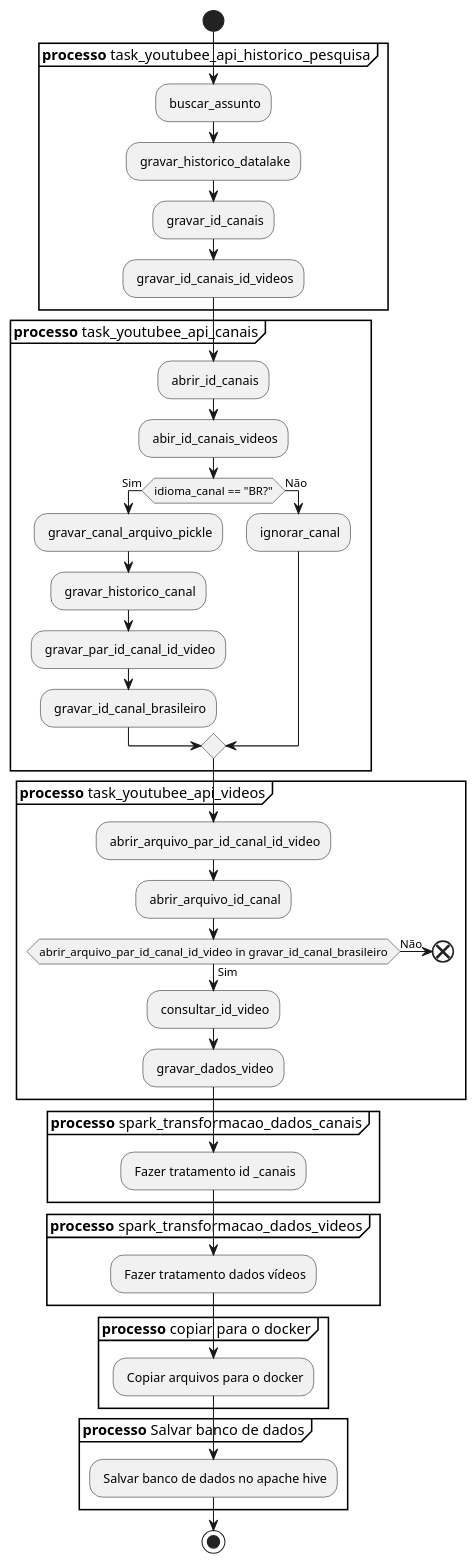
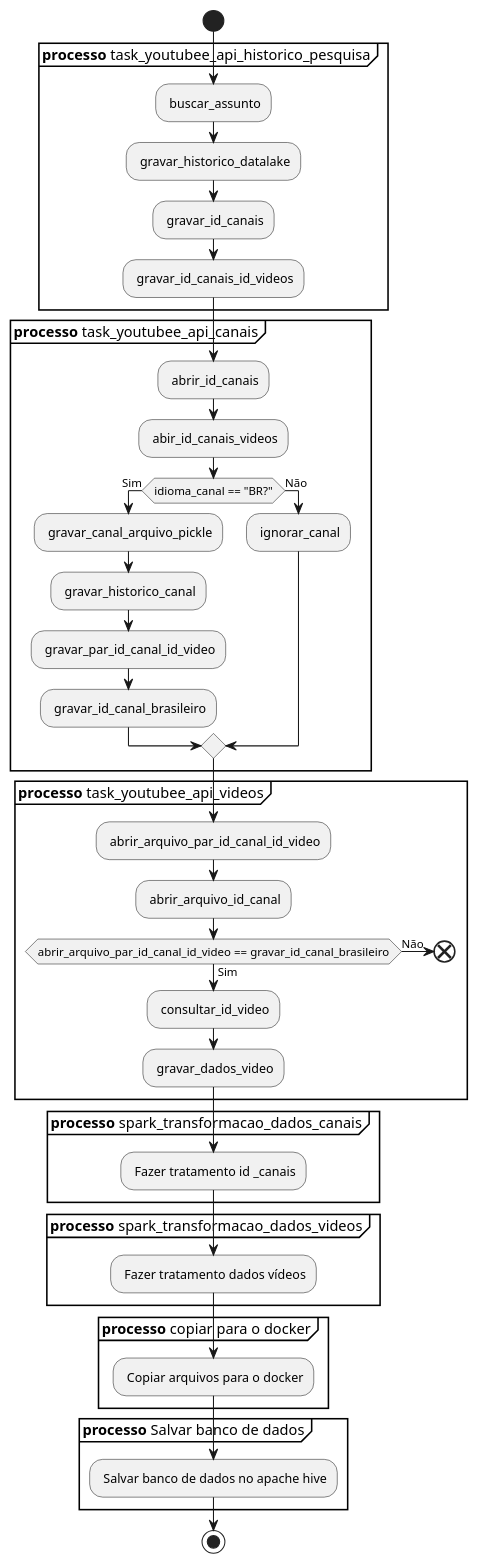
The diagram in diagramas/diagrama_atividade.plantuml (rodrigorocha1/extracao_dados_api_youtube_terceira_versao), drawn with PlantUML before and after one commit. The commit also changed 1 other file, not shown here.

```diff
--- a/diagramas/diagrama_atividade.plantuml
+++ b/diagramas/diagrama_atividade.plantuml
@@ -1,52 +1,52 @@
 @startuml
 
 start
     partition "**processo** task_youtubee_api_historico_pesquisa" {
         : buscar_assunto;
         : gravar_historico_datalake;
         : gravar_id_canais;
         : gravar_id_canais_id_videos;
     }
 
     partition "**processo** task_youtubee_api_canais" {
         : abrir_id_canais;
         : abir_id_canais_videos;
         if (idioma_canal == "BR?") then (Sim)
             : gravar_canal_arquivo_pickle;
             : gravar_historico_canal;
             : gravar_par_id_canal_id_video;
             : gravar_id_canal_brasileiro;
         else (Não)
             : ignorar_canal;
         endif;
         
     }
     partition "**processo** task_youtubee_api_videos" {
         : abrir_arquivo_par_id_canal_id_video;
         : abrir_arquivo_id_canal;
-        if (abrir_arquivo_par_id_canal_id_video in gravar_id_canal_brasileiro) then (Sim)
+        if (abrir_arquivo_par_id_canal_id_video == gravar_id_canal_brasileiro) then (Sim)
             : consultar_id_video;
             : gravar_dados_video;
         else (Não);
             end;
         endif; 
     }
     partition "**processo** spark_transformacao_dados_canais" {
         : Fazer tratamento id _canais;
     }
 
     partition "**processo** spark_transformacao_dados_videos" {
         : Fazer tratamento dados vídeos;
     }
 
     partition "**processo** copiar para o docker" {
         : Copiar arquivos para o docker;
     }
 
     partition "**processo** Salvar banco de dados" {
         : Salvar banco de dados no apache hive;
     }
 
 
 stop
 @enduml
```
